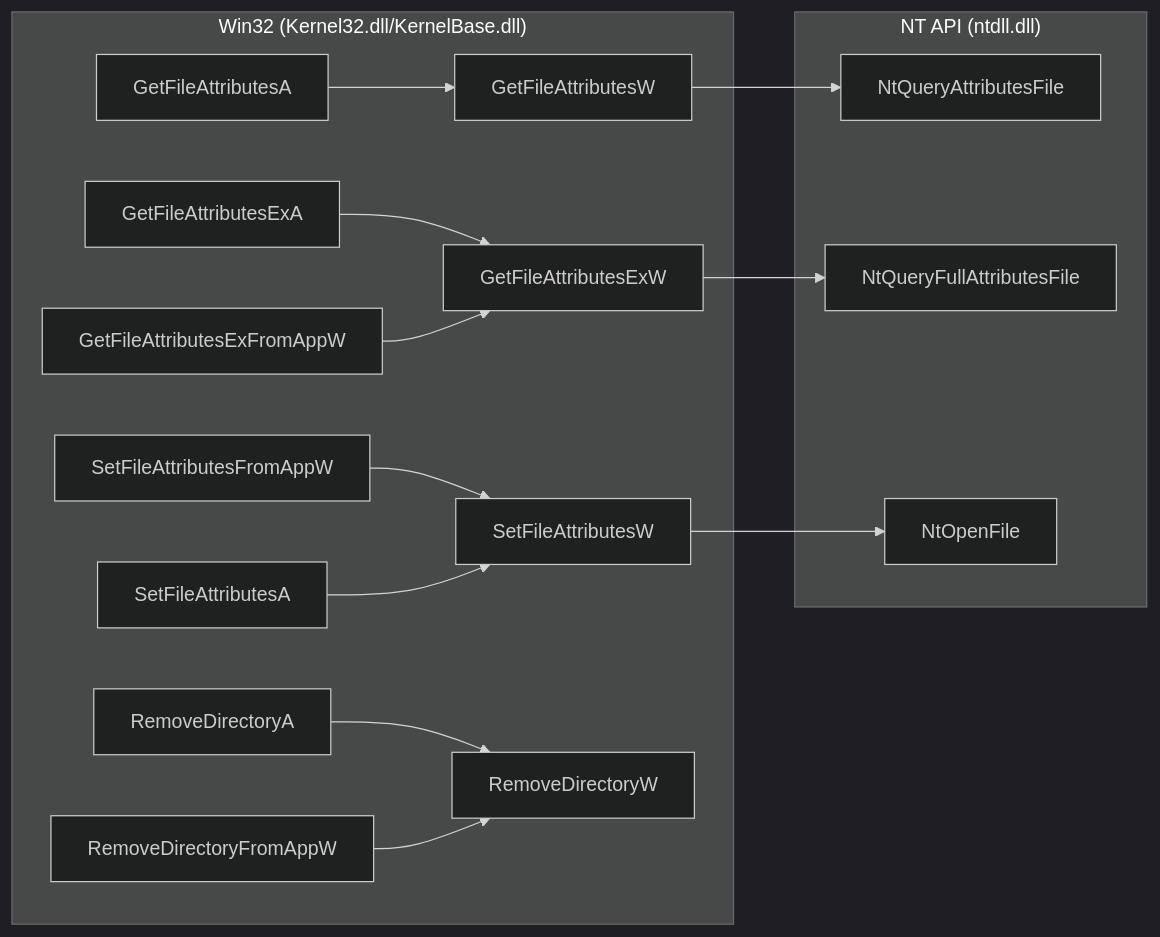
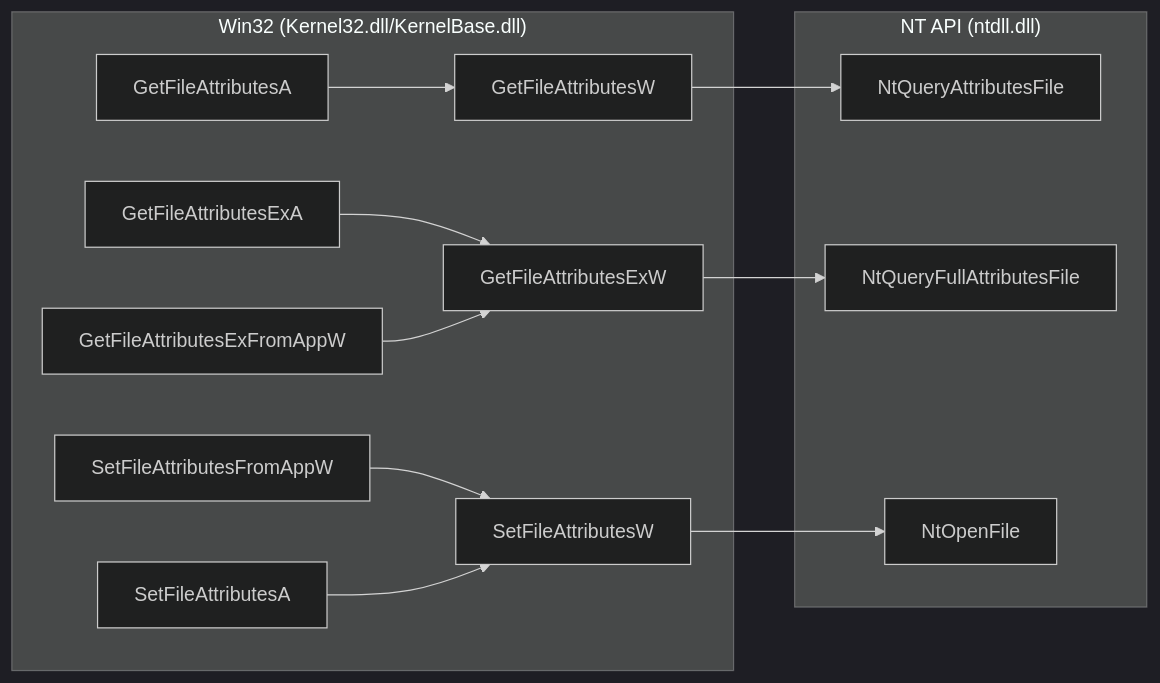
Before and after one commit to Sewer56/vfs-writeup: the fourth of 9 diagrams in docs/index.md, drawn with Mermaid (dark theme). The commit also changed other lines of this file, not shown here.

Commit message:
Added: Unneeded RemoveDirectoryW in File Attributes

````diff
--- a/docs/index.md
+++ b/docs/index.md
@@ -374,31 +374,29 @@
 ```mermaid
 flowchart LR
     subgraph Win32["Win32 (Kernel32.dll/KernelBase.dll)"]
     GetFileAttributesA
     GetFileAttributesExA
     GetFileAttributesExFromAppW
     GetFileAttributesExW
     GetFileAttributesW
     SetFileAttributesA
     SetFileAttributesFromAppW
     SetFileAttributesW
 
     GetFileAttributesA --> GetFileAttributesW
     GetFileAttributesExA --> GetFileAttributesExW
     GetFileAttributesExFromAppW --> GetFileAttributesExW
-    RemoveDirectoryA --> RemoveDirectoryW
-    RemoveDirectoryFromAppW --> RemoveDirectoryW
     SetFileAttributesFromAppW --> SetFileAttributesW
     SetFileAttributesA --> SetFileAttributesW
     end
 
     subgraph NT["NT API (ntdll.dll)"]
     NtQueryAttributesFile
     NtQueryFullAttributesFile
     NtOpenFile
 
     GetFileAttributesExW --> NtQueryFullAttributesFile
     GetFileAttributesW --> NtQueryAttributesFile
     SetFileAttributesW --> NtOpenFile
     end
 ```
````
